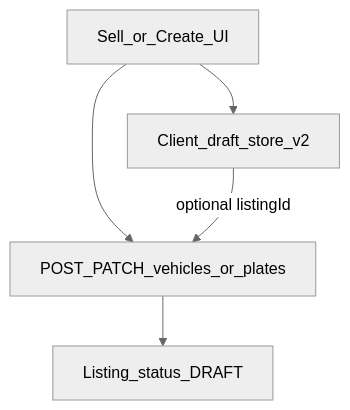
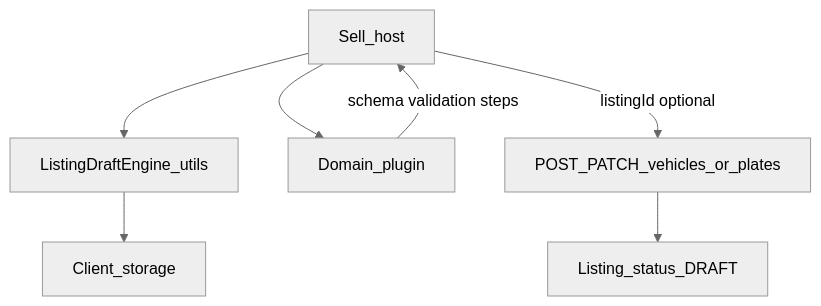
The diagram in docs/architecture/draft-engine.md (yousifghassan-svg/AutoHub), drawn with Mermaid (neutral theme) before and after one commit. The commit also changed other lines of this file and 27 other files, not shown here.

First line of the commit message:
feat(draft): introduce listing-generic Draft Engine platform service (P5-5)

````diff
--- a/docs/architecture/draft-engine.md
+++ b/docs/architecture/draft-engine.md
@@ -52,11 +79,15 @@
 ```mermaid
 flowchart TB
-  UI[Sell_or_Create_UI]
-  Local[Client_draft_store_v2]
+  Host[Sell_host]
+  Engine[ListingDraftEngine_utils]
+  Plugin[Domain_plugin]
+  Local[Client_storage]
   API[POST_PATCH_vehicles_or_plates]
   Listing[Listing_status_DRAFT]
-  UI --> Local
-  UI --> API
+  Host --> Engine
+  Host --> Plugin
+  Engine --> Local
+  Host -->|"listingId optional"| API
+  Plugin -->|"schema validation steps"| Host
   API --> Listing
-  Local -->|"optional listingId"| API
 ```
````
